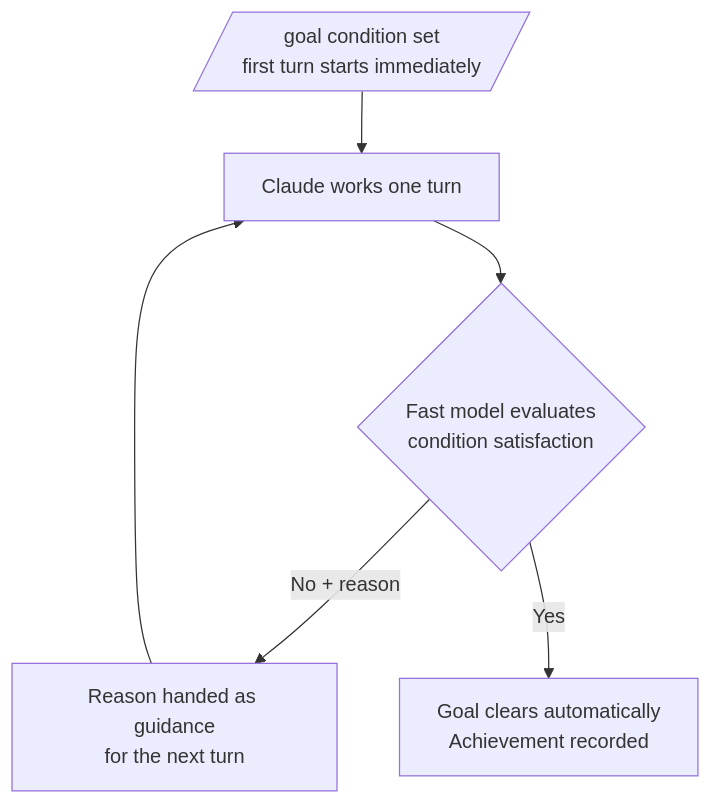
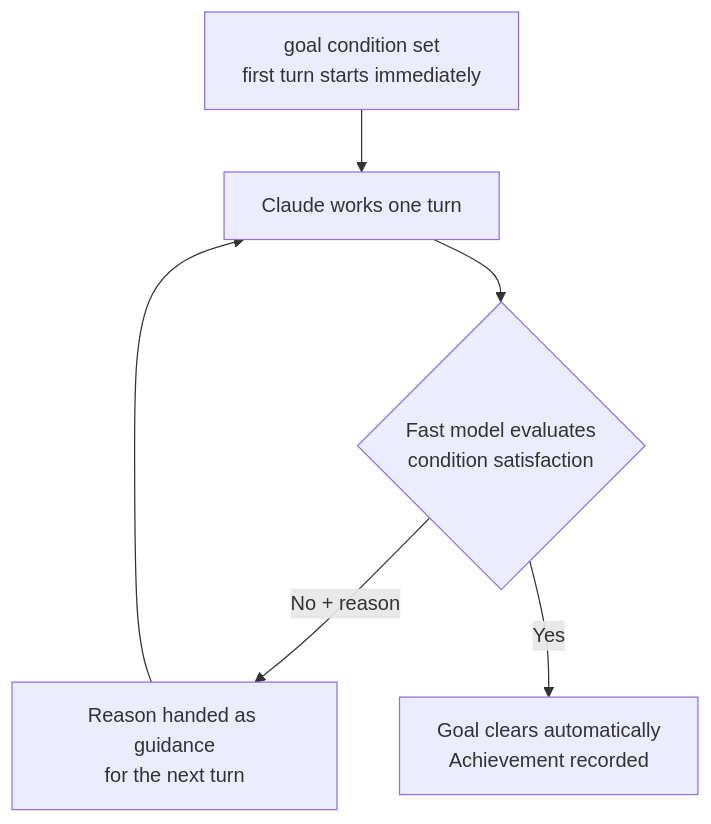
One commit to modu-ai/moai-adk changed the diagram in docs-site/content/en/claude-code/agentic/goal.md. Above: the diagram before and after it, drawn with Mermaid. The commit also changed 86 other files, not shown here.

First line of the commit message:
docs(ossdocs): v3.1.1 doc-gap landing — 13-page x4-locale + mermaid fixes + version sync + backend-mix

````diff
--- a/docs-site/content/en/claude-code/agentic/goal.md
+++ b/docs-site/content/en/claude-code/agentic/goal.md
@@ -38,8 +38,8 @@
 ```mermaid
 flowchart TD
-    A[/goal condition set<br>first turn starts immediately/] --> B[Claude works one turn]
+    A["goal condition set<br>first turn starts immediately"] --> B[Claude works one turn]
     B --> C{Fast model evaluates<br>condition satisfaction}
     C -->|No + reason| D[Reason handed as guidance<br>for the next turn]
     D --> B
     C -->|Yes| E[Goal clears automatically<br>Achievement recorded]
 ```
````
